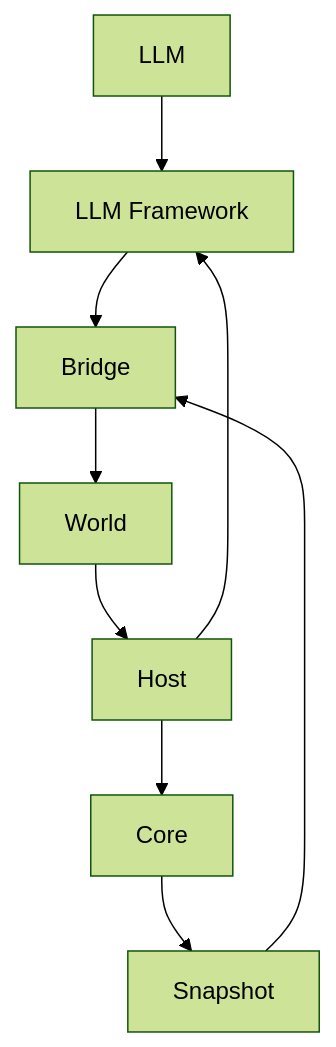
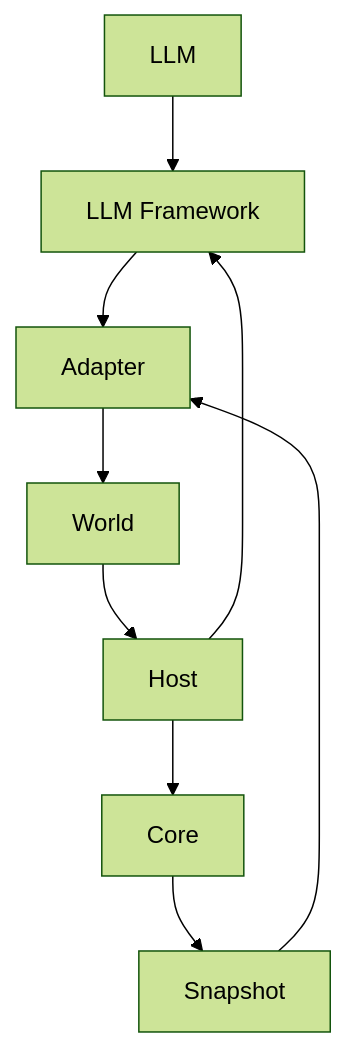
Before and after one commit to sh827kim/manifasto4j: the diagram in docs/ko/book/07-llm-integration.md, drawn with Mermaid (forest theme). The commit also changed other lines of this file and 48 other files, not shown here.

````diff
--- a/docs/ko/book/07-llm-integration.md
+++ b/docs/ko/book/07-llm-integration.md
@@ -46,14 +46,14 @@
 ```mermaid
 flowchart TD
   LLM[LLM]
-  LC[LLM Framework]
-  Bridge[Bridge]
+  Framework[LLM Framework]
+  Adapter[Adapter]
   World[World]
   Host[Host]
   Core[Core]
   Snapshot[Snapshot]
 
-  LLM --> LC --> Bridge --> World --> Host --> Core --> Snapshot
-  Snapshot --> Bridge
-  Host --> LC
+  LLM --> Framework --> Adapter --> World --> Host --> Core --> Snapshot
+  Snapshot --> Adapter
+  Host --> Framework
 ```
````
